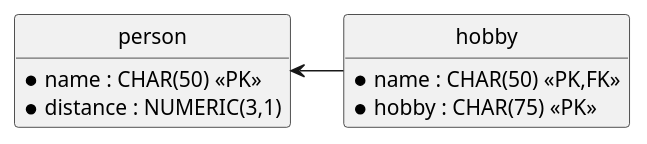
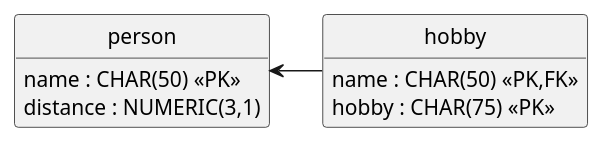
The diagram in documentatie/SDD/PDM.puml (bartvanderwal/P1-Eindapplicatie), drawn with PlantUML before and after one commit.

Commit message:
Bolletjes weg.

```diff
--- a/documentatie/SDD/PDM.puml
+++ b/documentatie/SDD/PDM.puml
@@ -1,18 +1,18 @@
 @startuml KlasKompas_PDM
 'configuration
 hide circle
 hide attributes
 
 entity person {
-    *name : CHAR(50) <<PK>>
-    *distance : NUMERIC(3,1)
+    name : CHAR(50) <<PK>>
+    distance : NUMERIC(3,1)
 }
 
 entity hobby {
-    *name : CHAR(50) <<PK,FK>>
-    *hobby : CHAR(75) <<PK>>
+    name : CHAR(50) <<PK,FK>>
+    hobby : CHAR(75) <<PK>>
 }
 
 person <- hobby
 
 @enduml
```
